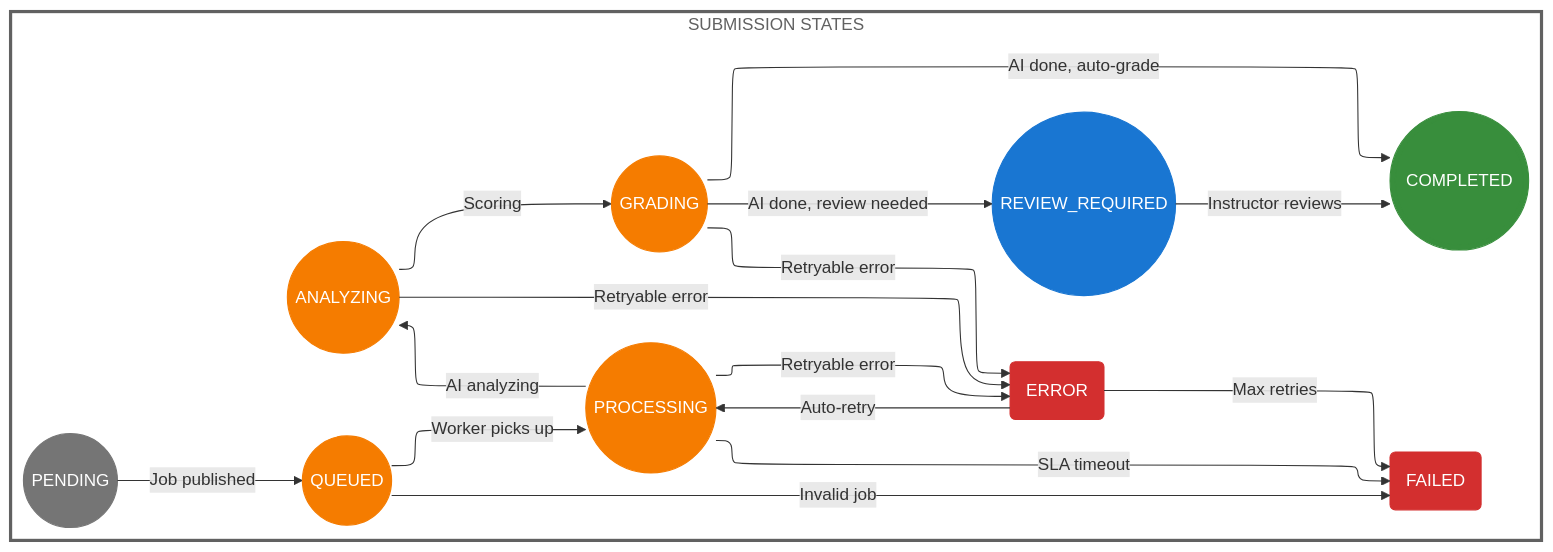
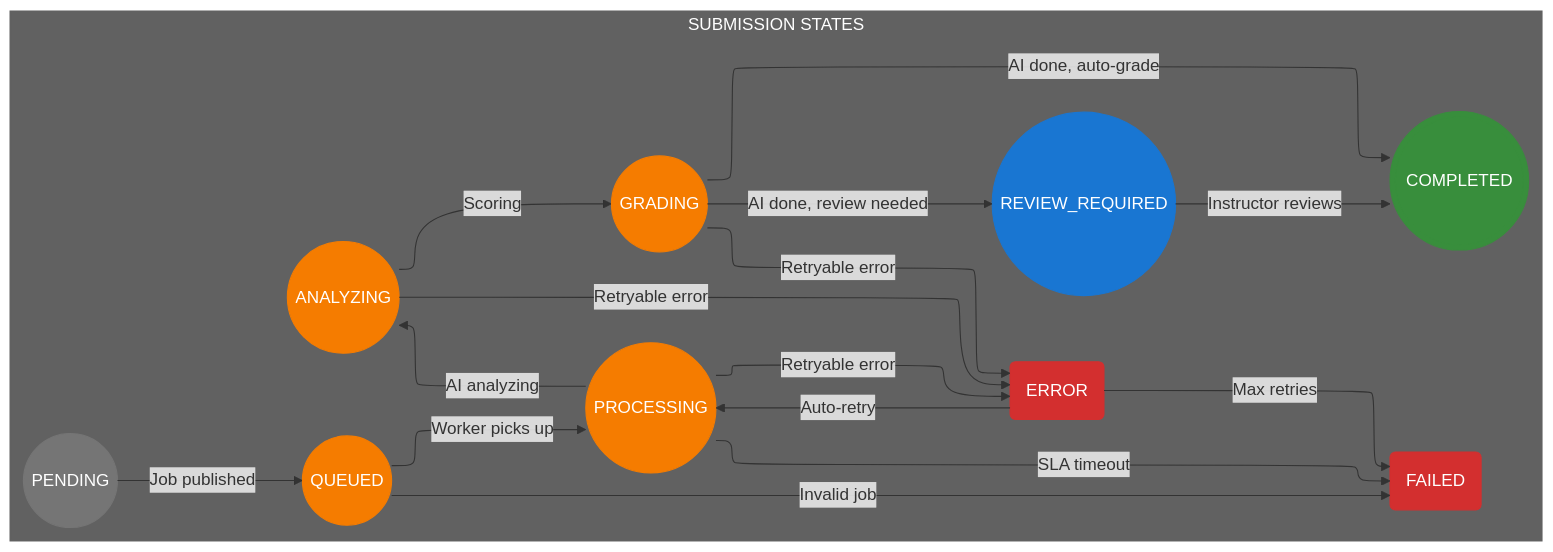
The fifth of 12 diagrams in docs/capstone/diagrams/flow-diagrams.vi.md (nghyane/VSTEP), drawn with Mermaid before and after one commit. The commit also changed other lines of this file, not shown here.

````diff
--- a/docs/capstone/diagrams/flow-diagrams.vi.md
+++ b/docs/capstone/diagrams/flow-diagrams.vi.md
@@ -266,55 +266,55 @@
 ```mermaid
 ---
 config:
   layout: elk
 ---
 flowchart TB
     subgraph States["SUBMISSION STATES"]
         direction LR
         PENDING@{ shape: circle, label: "PENDING" }
         QUEUED@{ shape: circle, label: "QUEUED" }
         PROCESSING@{ shape: circle, label: "PROCESSING" }
         ANALYZING@{ shape: circle, label: "ANALYZING" }
         GRADING@{ shape: circle, label: "GRADING" }
         COMPLETED@{ shape: dbl-circ, label: "COMPLETED" }
         ERROR@{ shape: rounded, label: "ERROR" }
         FAILED@{ shape: rounded, label: "FAILED" }
         REVIEW@{ shape: circle, label: "REVIEW_REQUIRED" }
     end
 
     PENDING -->|"Job published"| QUEUED
     QUEUED -->|"Worker picks up"| PROCESSING
     PROCESSING -->|"AI analyzing"| ANALYZING
     ANALYZING -->|"Scoring"| GRADING
     GRADING -->|"AI done, auto-grade"| COMPLETED
     GRADING -->|"AI done, review needed"| REVIEW
     REVIEW -->|"Instructor reviews"| COMPLETED
     
     PROCESSING -->|"Retryable error"| ERROR
     ANALYZING -->|"Retryable error"| ERROR
     GRADING -->|"Retryable error"| ERROR
     
     ERROR -->|"Auto-retry"| PROCESSING
     ERROR -->|"Max retries"| FAILED
     
     QUEUED -->|"Invalid job"| FAILED
     PROCESSING -->|"SLA timeout"| FAILED
 
     %% Nodes
     classDef pending fill:#757575,stroke:#757575,color:#fff
     classDef active fill:#f57c00,stroke:#f57c00,color:#fff
     classDef success fill:#388e3c,stroke:#388e3c,color:#fff
     classDef error fill:#d32f2f,stroke:#d32f2f,color:#fff
     classDef review fill:#1976d2,stroke:#1976d2,color:#fff
 
     %% Box
-    classDef statesBox fill:none,stroke:#616161,stroke-width:3px,color:#616161
+    classDef statesBox fill:#616161,stroke:#616161,stroke-width:2px,color:#fff
 
     class States statesBox
 
     class PENDING pending
     class QUEUED,PROCESSING,ANALYZING,GRADING active
     class COMPLETED success
     class ERROR,FAILED error
     class REVIEW review
 ```
````
